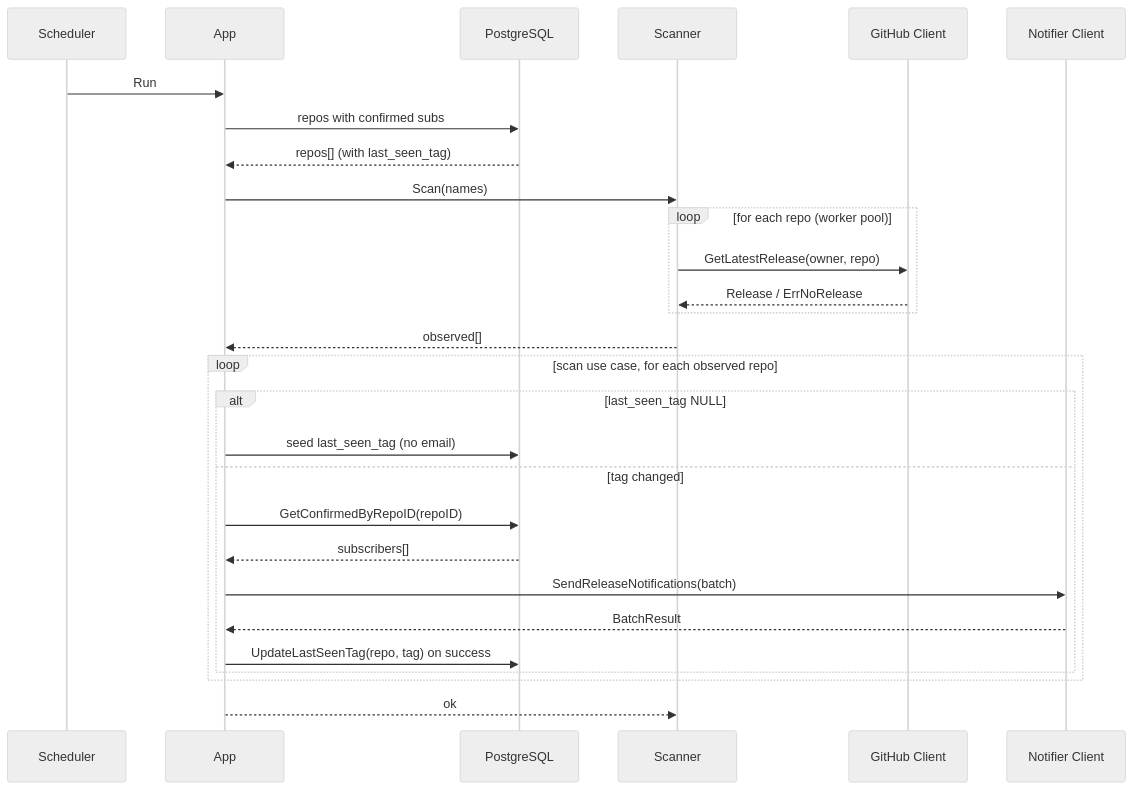
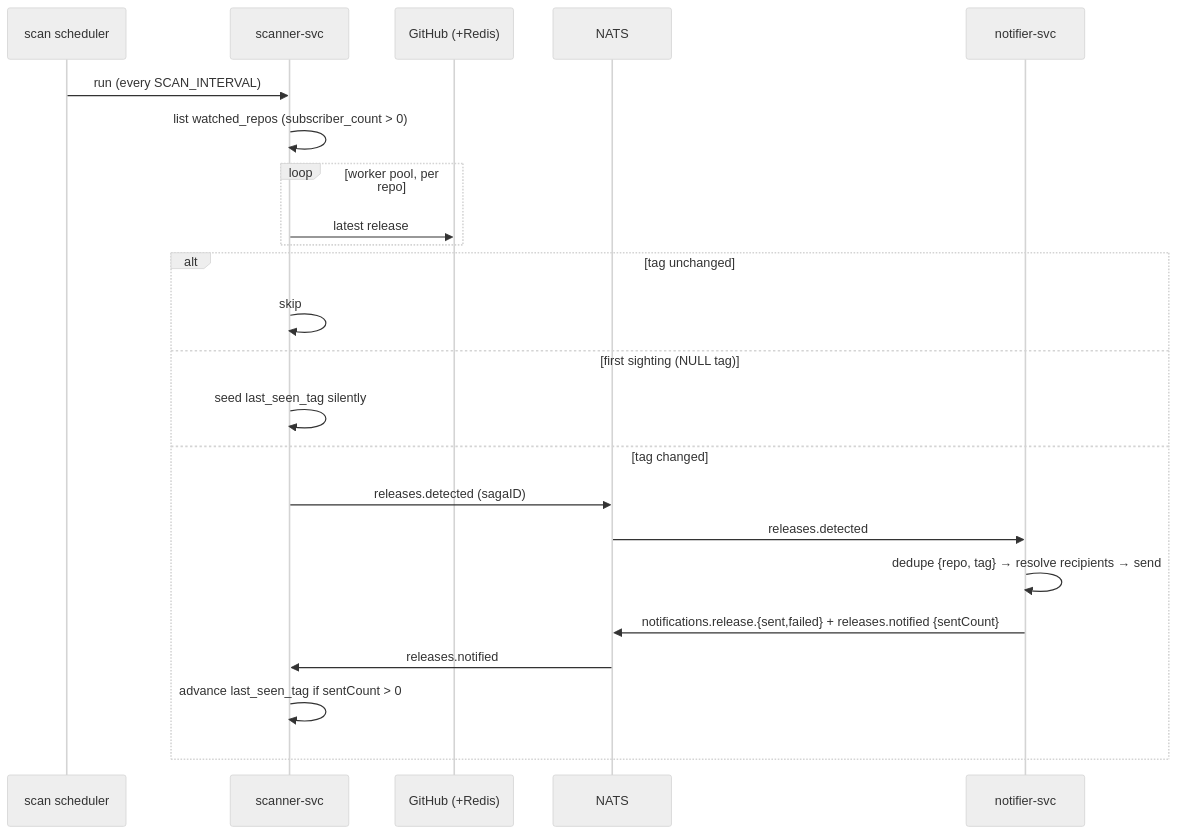
The sixth of 9 diagrams in docs/sdd.md (GenesisEducationKyiv/software-engineering-school-6-0-mzabrodin), drawn with Mermaid (neutral theme) before and after one commit. The commit also changed other lines of this file and 15 other files, not shown here.

Commit message:
docs(ADR): remove outdated ADRs 002, 004, 005, and 009; add ADR-012 for event-driven architecture

````diff
--- a/docs/sdd.md
+++ b/docs/sdd.md
@@ -179,30 +164,25 @@
 ```mermaid
 sequenceDiagram
-    participant Scheduler
-    participant App as App
-    participant DB as PostgreSQL
-    participant Scanner as Scanner
-    participant GH as GitHub Client
-    participant EC as Notifier Client
-    Scheduler ->> App: Run
-    App ->> DB: repos with confirmed subs
-    DB -->> App: repos[] (with last_seen_tag)
-    App ->> Scanner: Scan(names)
-    loop for each repo (worker pool)
-        Scanner ->> GH: GetLatestRelease(owner, repo)
-        GH -->> Scanner: Release / ErrNoRelease
+    participant Sched as scan scheduler
+    participant Scan as scanner-svc
+    participant GH as GitHub (+Redis)
+    participant NATS
+    participant Notif as notifier-svc
+    Sched ->> Scan: run (every SCAN_INTERVAL)
+    Scan ->> Scan: list watched_repos (subscriber_count > 0)
+    loop worker pool, per repo
+        Scan ->> GH: latest release
     end
-    Scanner -->> App: observed[]
-    loop scan use case, for each observed repo
-        alt last_seen_tag NULL
-            App ->> DB: seed last_seen_tag (no email)
-        else tag changed
-            App ->> DB: GetConfirmedByRepoID(repoID)
-            DB -->> App: subscribers[]
-            App ->> EC: SendReleaseNotifications(batch)
-            EC -->> App: BatchResult
-            App ->> DB: UpdateLastSeenTag(repo, tag) on success
-        end
+    alt tag unchanged
+        Scan ->> Scan: skip
+    else first sighting (NULL tag)
+        Scan ->> Scan: seed last_seen_tag silently
+    else tag changed
+        Scan ->> NATS: releases.detected (sagaID)
+        NATS ->> Notif: releases.detected
+        Notif ->> Notif: dedupe {repo, tag} → resolve recipients → send
+        Notif ->> NATS: notifications.release.{sent,failed} + releases.notified {sentCount}
+        NATS ->> Scan: releases.notified
+        Scan ->> Scan: advance last_seen_tag if sentCount > 0
     end
-    App -->> Scanner: ok
 ```
````
